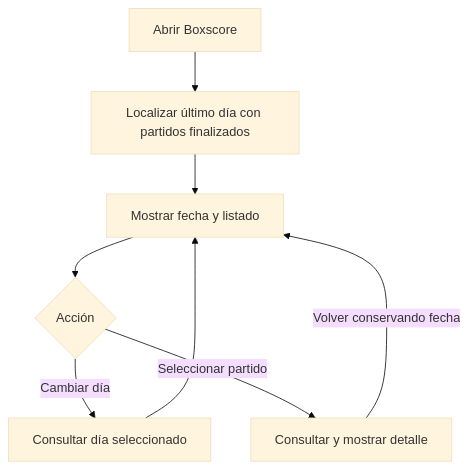
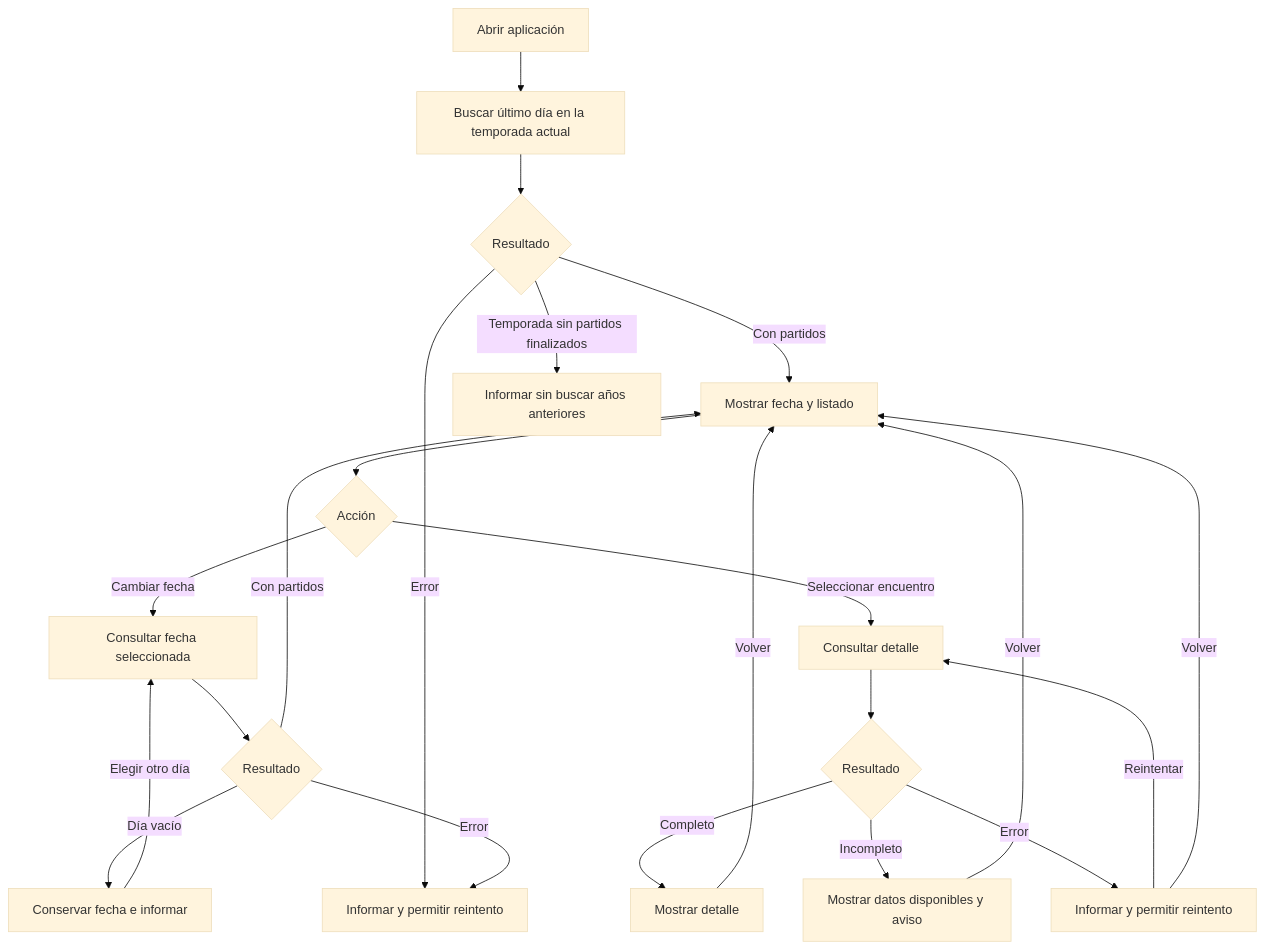
The diagram in docs/REQUISITOS.md (DiegoGSUJA/boxscore), drawn with Mermaid (base theme) before and after one commit. The commit also changed other lines of this file and 3 other files, not shown here.

````diff
--- a/docs/REQUISITOS.md
+++ b/docs/REQUISITOS.md
@@ -142,10 +118,24 @@
 ```mermaid
 flowchart TD
-    A[Abrir Boxscore] --> B[Localizar último día con partidos finalizados]
-    B --> C[Mostrar fecha y listado]
-    C --> D{Acción}
-    D -->|Cambiar día| E[Consultar día seleccionado]
-    E --> C
-    D -->|Seleccionar partido| F[Consultar y mostrar detalle]
-    F -->|Volver conservando fecha| C
+    A[Abrir aplicación] --> B[Buscar último día en la temporada actual]
+    B --> C{Resultado}
+    C -->|Con partidos| D[Mostrar fecha y listado]
+    C -->|Temporada sin partidos finalizados| E[Informar sin buscar años anteriores]
+    C -->|Error| F[Informar y permitir reintento]
+    D --> G{Acción}
+    G -->|Cambiar fecha| H[Consultar fecha seleccionada]
+    H --> I{Resultado}
+    I -->|Con partidos| D
+    I -->|Día vacío| J[Conservar fecha e informar]
+    I -->|Error| F
+    J -->|Elegir otro día| H
+    G -->|Seleccionar encuentro| K[Consultar detalle]
+    K --> L{Resultado}
+    L -->|Completo| M[Mostrar detalle]
+    L -->|Incompleto| N[Mostrar datos disponibles y aviso]
+    L -->|Error| O[Informar y permitir reintento]
+    O -->|Reintentar| K
+    M -->|Volver| D
+    N -->|Volver| D
+    O -->|Volver| D
 ```
````
